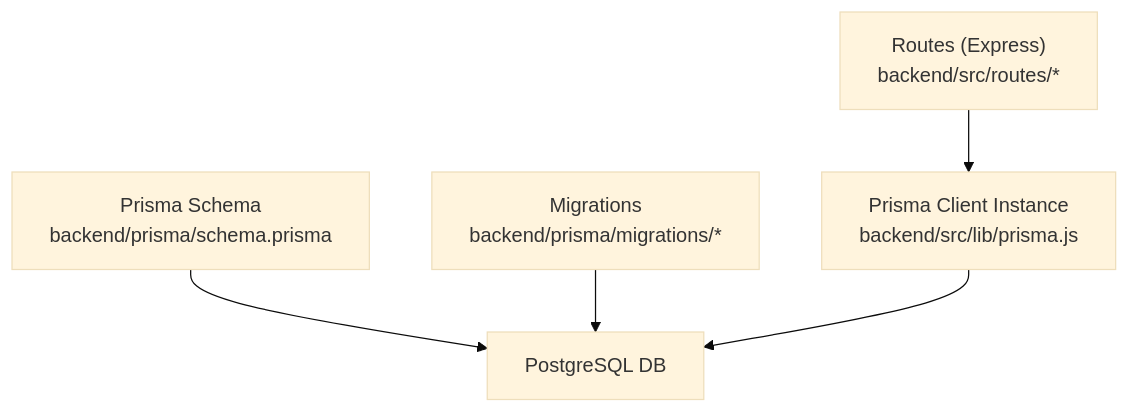
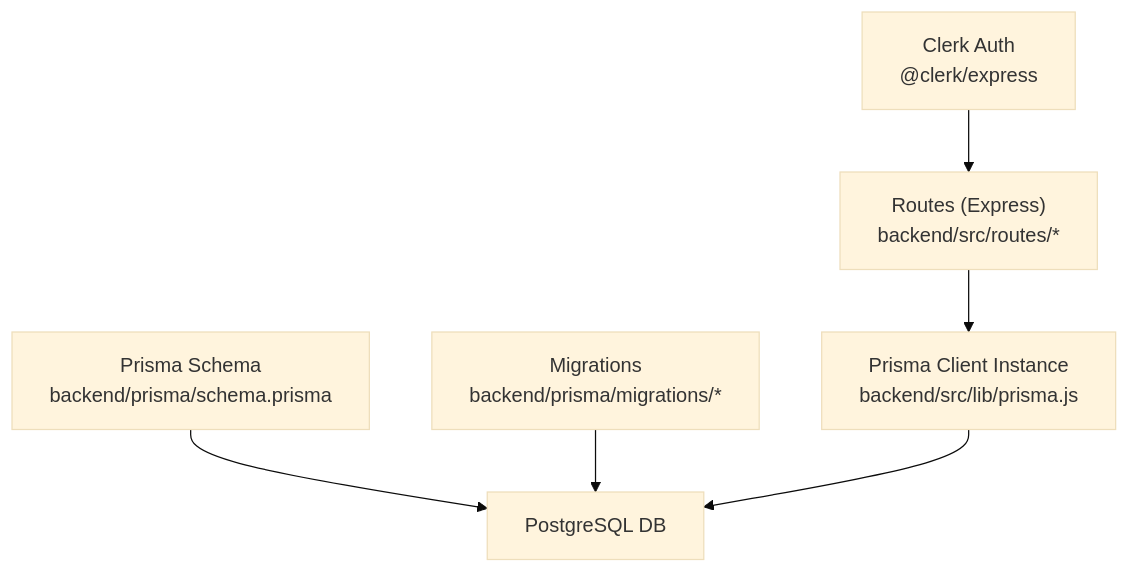
Before and after one commit to ZandileMkontwana/olympiad-portal: the first of 4 diagrams in .qoder/repowiki/en/content/Database Schema.md, drawn with Mermaid (base theme). The commit also changed other lines of this file and 16 other files, not shown here.

Commit message:
fix: test(backend): update tests for Clerk auth and Supabase storage

````diff
--- a/.qoder/repowiki/en/content/Database Schema.md
+++ b/.qoder/repowiki/en/content/Database Schema.md
@@ -36,7 +45,8 @@
 ```mermaid
 graph TB
 A["Prisma Schema<br/>backend/prisma/schema.prisma"] --> B["PostgreSQL DB"]
 C["Migrations<br/>backend/prisma/migrations/*"] --> B
 D["Prisma Client Instance<br/>backend/src/lib/prisma.js"] --> B
 E["Routes (Express)<br/>backend/src/routes/*"] --> D
+F["Clerk Auth<br/>@clerk/express"] --> E
 ```
````
